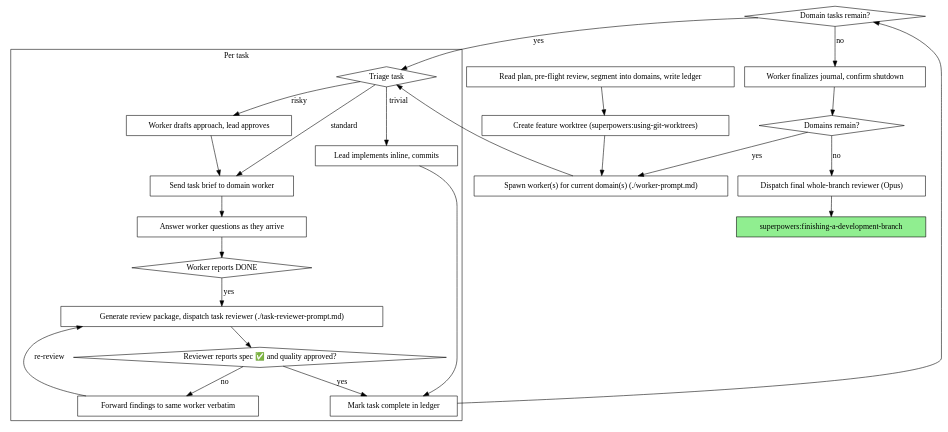
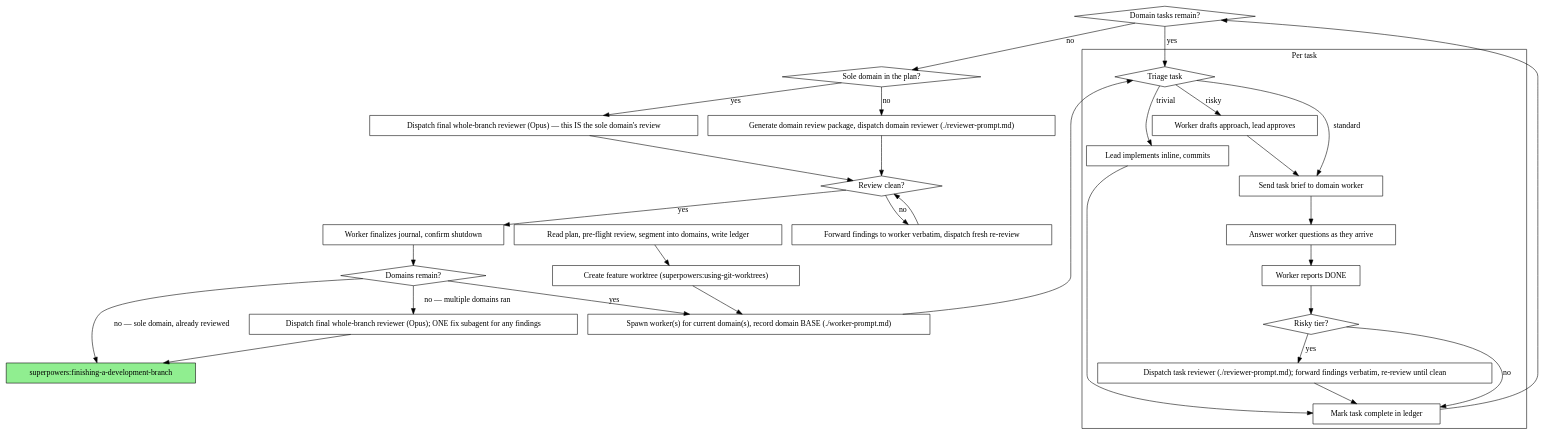
Before and after one commit to frasalvi/claude-plugins-frasalvi: the second of 2 diagrams in plugins/team-development/skills/team-driven-development/SKILL.md, drawn with Graphviz. The commit also changed other lines of this file and 4 other files, not shown here.

First line of the commit message:
feat: review per domain, not per task; risky tasks keep a task gate

````diff
--- a/plugins/team-development/skills/team-driven-development/SKILL.md
+++ b/plugins/team-development/skills/team-driven-development/SKILL.md
@@ -65,52 +65,63 @@
 ```dot
 digraph process {
     rankdir=TB;
 
     "Read plan, pre-flight review, segment into domains, write ledger" [shape=box];
     "Create feature worktree (superpowers:using-git-worktrees)" [shape=box];
-    "Spawn worker(s) for current domain(s) (./worker-prompt.md)" [shape=box];
+    "Spawn worker(s) for current domain(s), record domain BASE (./worker-prompt.md)" [shape=box];
 
     subgraph cluster_per_task {
         label="Per task";
         "Triage task" [shape=diamond];
         "Lead implements inline, commits" [shape=box];
         "Worker drafts approach, lead approves" [shape=box];
         "Send task brief to domain worker" [shape=box];
         "Answer worker questions as they arrive" [shape=box];
-        "Worker reports DONE" [shape=diamond];
-        "Generate review package, dispatch task reviewer (./task-reviewer-prompt.md)" [shape=box];
-        "Reviewer reports spec ✅ and quality approved?" [shape=diamond];
-        "Forward findings to same worker verbatim" [shape=box];
+        "Worker reports DONE" [shape=box];
+        "Risky tier?" [shape=diamond];
+        "Dispatch task reviewer (./reviewer-prompt.md); forward findings verbatim, re-review until clean" [shape=box];
         "Mark task complete in ledger" [shape=box];
     }
 
     "Domain tasks remain?" [shape=diamond];
+    "Sole domain in the plan?" [shape=diamond];
+    "Generate domain review package, dispatch domain reviewer (./reviewer-prompt.md)" [shape=box];
+    "Dispatch final whole-branch reviewer (Opus) — this IS the sole domain's review" [shape=box];
+    "Review clean?" [shape=diamond];
+    "Forward findings to worker verbatim, dispatch fresh re-review" [shape=box];
     "Worker finalizes journal, confirm shutdown" [shape=box];
     "Domains remain?" [shape=diamond];
-    "Dispatch final whole-branch reviewer (Opus)" [shape=box];
+    "Dispatch final whole-branch reviewer (Opus); ONE fix subagent for any findings" [shape=box];
     "superpowers:finishing-a-development-branch" [shape=box style=filled fillcolor=lightgreen];
 
     "Read plan, pre-flight review, segment into domains, write ledger" -> "Create feature worktree (superpowers:using-git-worktrees)";
-    "Create feature worktree (superpowers:using-git-worktrees)" -> "Spawn worker(s) for current domain(s) (./worker-prompt.md)";
-    "Spawn worker(s) for current domain(s) (./worker-prompt.md)" -> "Triage task";
+    "Create feature worktree (superpowers:using-git-worktrees)" -> "Spawn worker(s) for current domain(s), record domain BASE (./worker-prompt.md)";
+    "Spawn worker(s) for current domain(s), record domain BASE (./worker-prompt.md)" -> "Triage task";
     "Triage task" -> "Lead implements inline, commits" [label="trivial"];
     "Triage task" -> "Worker drafts approach, lead approves" [label="risky"];
     "Triage task" -> "Send task brief to domain worker" [label="standard"];
     "Worker drafts approach, lead approves" -> "Send task brief to domain worker";
     "Send task brief to domain worker" -> "Answer worker questions as they arrive";
     "Answer worker questions as they arrive" -> "Worker reports DONE";
-    "Worker reports DONE" -> "Generate review package, dispatch task reviewer (./task-reviewer-prompt.md)" [label="yes"];
-    "Generate review package, dispatch task reviewer (./task-reviewer-prompt.md)" -> "Reviewer reports spec ✅ and quality approved?";
-    "Reviewer reports spec ✅ and quality approved?" -> "Forward findings to same worker verbatim" [label="no"];
-    "Forward findings to same worker verbatim" -> "Generate review package, dispatch task reviewer (./task-reviewer-prompt.md)" [label="re-review"];
-    "Reviewer reports spec ✅ and quality approved?" -> "Mark task complete in ledger" [label="yes"];
+    "Worker reports DONE" -> "Risky tier?";
+    "Risky tier?" -> "Dispatch task reviewer (./reviewer-prompt.md); forward findings verbatim, re-review until clean" [label="yes"];
+    "Risky tier?" -> "Mark task complete in ledger" [label="no"];
+    "Dispatch task reviewer (./reviewer-prompt.md); forward findings verbatim, re-review until clean" -> "Mark task complete in ledger";
     "Lead implements inline, commits" -> "Mark task complete in ledger";
     "Mark task complete in ledger" -> "Domain tasks remain?";
     "Domain tasks remain?" -> "Triage task" [label="yes"];
-    "Domain tasks remain?" -> "Worker finalizes journal, confirm shutdown" [label="no"];
+    "Domain tasks remain?" -> "Sole domain in the plan?" [label="no"];
+    "Sole domain in the plan?" -> "Dispatch final whole-branch reviewer (Opus) — this IS the sole domain's review" [label="yes"];
+    "Sole domain in the plan?" -> "Generate domain review package, dispatch domain reviewer (./reviewer-prompt.md)" [label="no"];
+    "Dispatch final whole-branch reviewer (Opus) — this IS the sole domain's review" -> "Review clean?";
+    "Generate domain review package, dispatch domain reviewer (./reviewer-prompt.md)" -> "Review clean?";
+    "Review clean?" -> "Forward findings to worker verbatim, dispatch fresh re-review" [label="no"];
+    "Forward findings to worker verbatim, dispatch fresh re-review" -> "Review clean?";
+    "Review clean?" -> "Worker finalizes journal, confirm shutdown" [label="yes"];
     "Worker finalizes journal, confirm shutdown" -> "Domains remain?";
-    "Domains remain?" -> "Spawn worker(s) for current domain(s) (./worker-prompt.md)" [label="yes"];
-    "Domains remain?" -> "Dispatch final whole-branch reviewer (Opus)" [label="no"];
-    "Dispatch final whole-branch reviewer (Opus)" -> "superpowers:finishing-a-development-branch";
+    "Domains remain?" -> "Spawn worker(s) for current domain(s), record domain BASE (./worker-prompt.md)" [label="yes"];
+    "Domains remain?" -> "Dispatch final whole-branch reviewer (Opus); ONE fix subagent for any findings" [label="no — multiple domains ran"];
+    "Domains remain?" -> "superpowers:finishing-a-development-branch" [label="no — sole domain, already reviewed"];
+    "Dispatch final whole-branch reviewer (Opus); ONE fix subagent for any findings" -> "superpowers:finishing-a-development-branch";
 }
 ```
````
